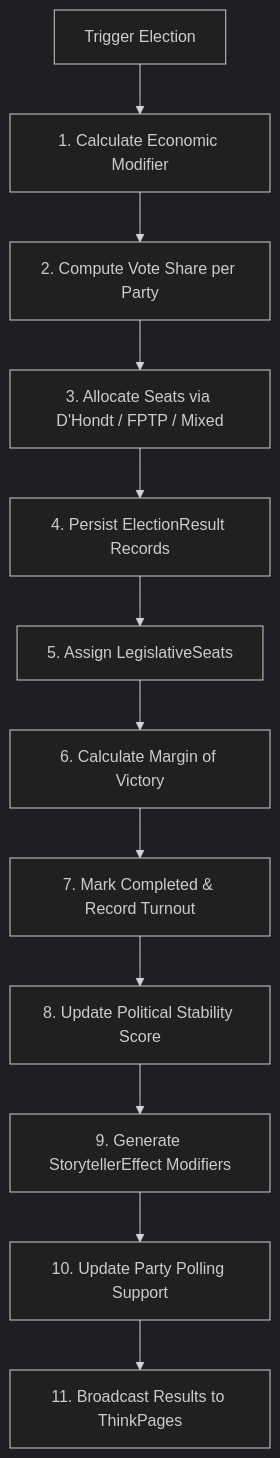
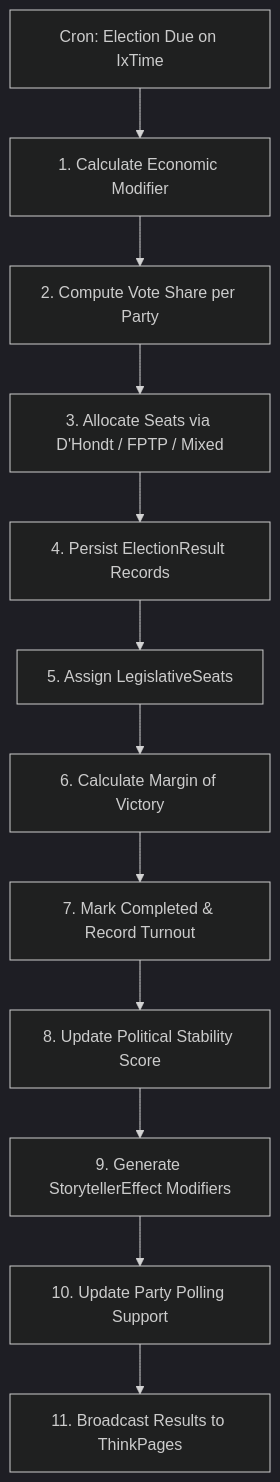
One commit to algolds/ixstats changed the diagram in docs/systems/elections.md. Above: the diagram before and after it, drawn with Mermaid (dark theme). The commit also changed other lines of this file and 16 other files, not shown here.

````diff
--- a/docs/systems/elections.md
+++ b/docs/systems/elections.md
@@ -47,14 +52,14 @@
 ```mermaid
 graph TD
-    A[Trigger Election] --> B[1. Calculate Economic Modifier]
+    A[Cron: Election Due on IxTime] --> B[1. Calculate Economic Modifier]
     B --> C[2. Compute Vote Share per Party]
     C --> D[3. Allocate Seats via D'Hondt / FPTP / Mixed]
     D --> E[4. Persist ElectionResult Records]
     E --> F[5. Assign LegislativeSeats]
     F --> G[6. Calculate Margin of Victory]
     G --> H[7. Mark Completed & Record Turnout]
     H --> I[8. Update Political Stability Score]
     I --> J[9. Generate StorytellerEffect Modifiers]
     J --> K[10. Update Party Polling Support]
     K --> L[11. Broadcast Results to ThinkPages]
 ```
````
